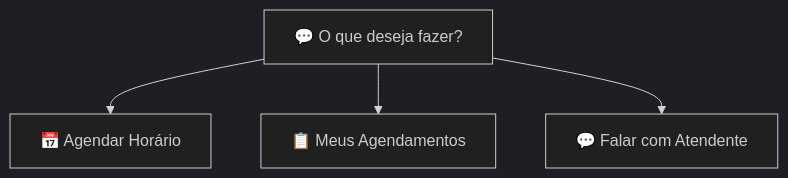
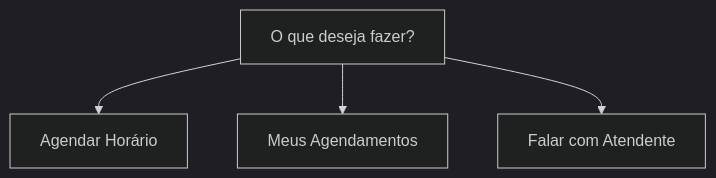
The second of 3 diagrams in contents/guides/bots.md (AgendoCerto/docs), drawn with Mermaid (dark theme) before and after one commit. The commit also changed other lines of this file and 6 other files, not shown here.

````diff
--- a/contents/guides/bots.md
+++ b/contents/guides/bots.md
@@ -133,7 +130,7 @@
 ```mermaid
 graph TD
-    A[💬 O que deseja fazer?]
-    A --> B[📅 Agendar Horário]
-    A --> C[📋 Meus Agendamentos]
-    A --> D[💬 Falar com Atendente]
+    A[O que deseja fazer?]
+    A --> B[Agendar Horário]
+    A --> C[Meus Agendamentos]
+    A --> D[Falar com Atendente]
 ```
````
